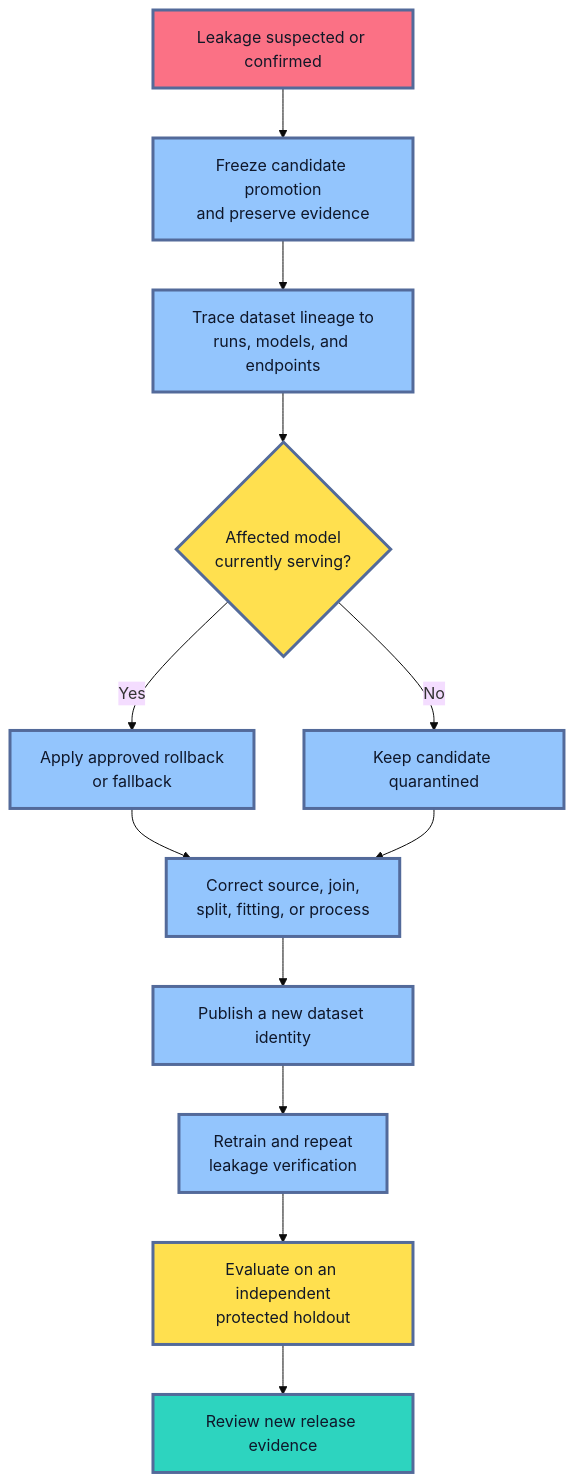
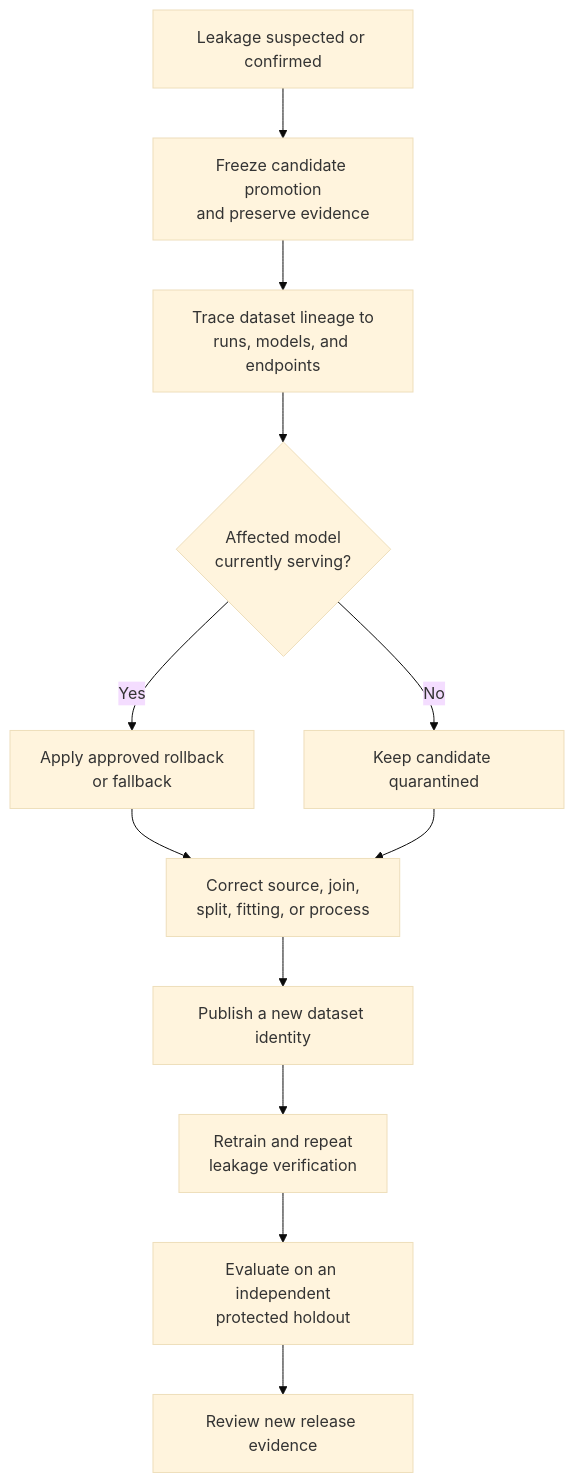
One commit to senlinyy/dev-roadmaps changed the fourth of 4 diagrams in roadmaps/mlops/modules/data-for-ml-systems/training-data-basics/03-data-leakage-explained.md. Above: the diagram before and after it, drawn with Mermaid (base theme). The commit also changed other lines of this file and 152 other files, not shown here.

Commit message:
feat: mlops and diagrams updated

````diff
--- a/roadmaps/mlops/modules/data-for-ml-systems/training-data-basics/03-data-leakage-explained.md
+++ b/roadmaps/mlops/modules/data-for-ml-systems/training-data-basics/03-data-leakage-explained.md
@@ -424,23 +415,19 @@
 ```mermaid
 flowchart TD
     A["Leakage suspected or confirmed"] --> B["Freeze candidate promotion<br/>and preserve evidence"]
     B --> C["Trace dataset lineage to<br/>runs, models, and endpoints"]
     C --> D{"Affected model<br/>currently serving?"}
     D -->|"Yes"| E["Apply approved rollback<br/>or fallback"]
     D -->|"No"| F["Keep candidate quarantined"]
     E --> G["Correct source, join,<br/>split, fitting, or process"]
     F --> G
     G --> H["Publish a new dataset identity"]
     H --> I["Retrain and repeat<br/>leakage verification"]
     I --> J["Evaluate on an independent<br/>protected holdout"]
     J --> K["Review new release evidence"]
 
-    classDef alert fill:#FB7185,stroke:#536A9A,stroke-width:3px,color:#111827
-    classDef work fill:#93C5FD,stroke:#536A9A,stroke-width:3px,color:#0F172A
-    classDef gate fill:#FFE04F,stroke:#536A9A,stroke-width:3px,color:#111827
-    classDef healthy fill:#2DD4BF,stroke:#536A9A,stroke-width:3px,color:#0F172A
     class A alert
     class B,C,E,F,G,H,I work
     class D,J gate
     class K healthy
 ```
````
